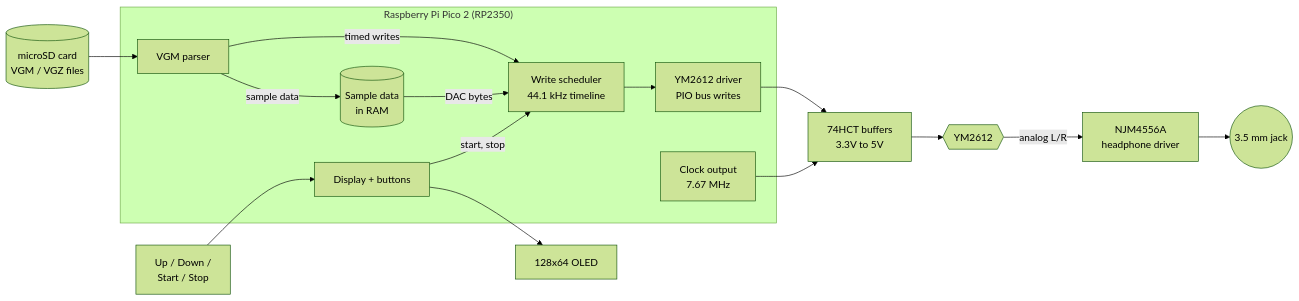
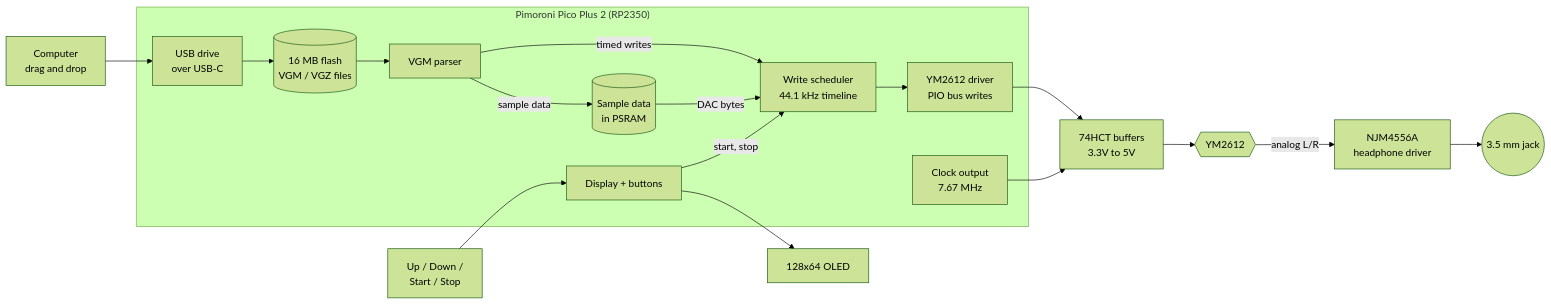
Before and after one commit to ctrlvlts-000/Vintage-Sound-Chip-Player: the diagram in docs/DESIGN.md, drawn with Mermaid (forest theme). The commit also changed other lines of this file, not shown here.

First line of the commit message:
Load VGM files over USB-C instead of microSD

````diff
--- a/docs/DESIGN.md
+++ b/docs/DESIGN.md
@@ -75,31 +77,33 @@
 ```mermaid
 flowchart LR
-    SD[(microSD card<br/>VGM / VGZ files)]
+    PC[Computer<br/>drag and drop]
 
-    subgraph PICO["Raspberry Pi Pico 2 (RP2350)"]
+    subgraph PICO["Pimoroni Pico Plus 2 (RP2350)"]
+        USB[USB drive<br/>over USB-C]
+        FLASH[(16 MB flash<br/>VGM / VGZ files)]
         PARSE[VGM parser]
-        PCM[(Sample data<br/>in RAM)]
+        PCM[(Sample data<br/>in PSRAM)]
         SCHED[Write scheduler<br/>44.1 kHz timeline]
         DRV[YM2612 driver<br/>PIO bus writes]
         CLKGEN[Clock output<br/>7.67 MHz]
         UI[Display + buttons]
     end
 
     BUF[74HCT buffers<br/>3.3V to 5V]
     YM{{YM2612}}
     AMP[NJM4556A<br/>headphone driver]
     JACK((3.5 mm jack))
     OLED[128x64 OLED]
     BTN[Up / Down /<br/>Start / Stop]
 
-    SD --> PARSE
+    PC --> USB --> FLASH --> PARSE
     PARSE -- "sample data" --> PCM
     PARSE -- "timed writes" --> SCHED
     PCM -- "DAC bytes" --> SCHED
     SCHED --> DRV --> BUF --> YM
     CLKGEN --> BUF
     YM -- "analog L/R" --> AMP --> JACK
     BTN --> UI
     UI --> OLED
     UI -- "start, stop" --> SCHED
 ```
````
